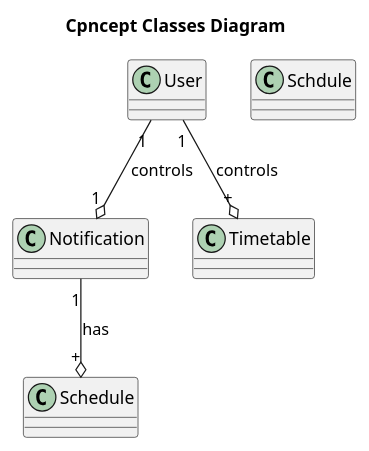
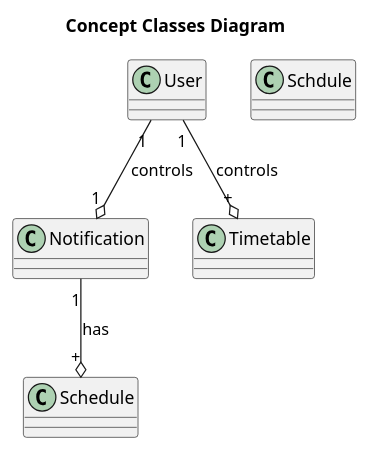
One commit to oleksandrblazhko/ai-212-zelinska changed the diagram in 2-SoftwareDesign/2.7-PlantUML/UML-ConceptClasses.puml. Above: the diagram before and after it, drawn with PlantUML.

```diff
--- a/2-SoftwareDesign/2.7-PlantUML/UML-ConceptClasses.puml
+++ b/2-SoftwareDesign/2.7-PlantUML/UML-ConceptClasses.puml
@@ -1,13 +1,13 @@
 @startuml
 
-title Cpncept Classes Diagram 
+title Concept Classes Diagram 
 
 Class User
 Class Notification
 Class Schdule
 Class Timetable
 
 User"1" --o "1"Notification: controls
 Notification"1" --o "+"Schedule: has
 User"1" --o "+"Timetable: controls
 @enduml
```
